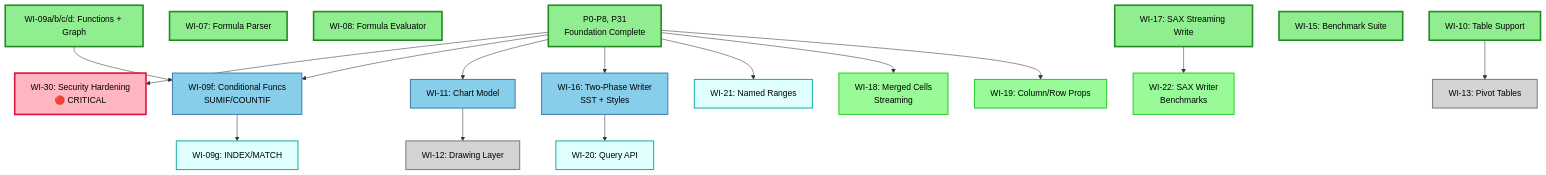
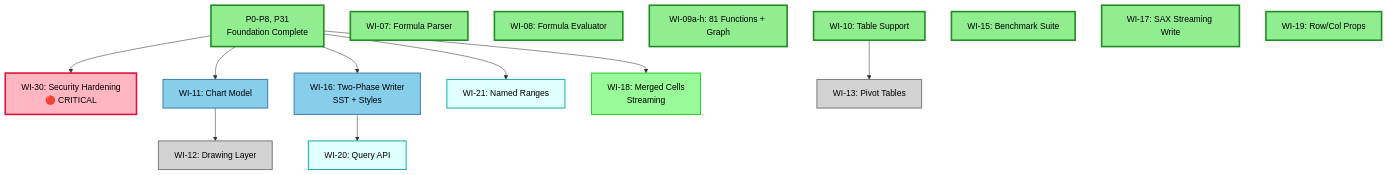
The diagram in docs/plan/roadmap.md (TJC-LP/xl), drawn with Mermaid before and after one commit. The commit also changed other lines of this file and 8 other files, not shown here.

First line of the commit message:
docs: archive completed plans, fix API drift (24→81 functions)

````diff
--- a/docs/plan/roadmap.md
+++ b/docs/plan/roadmap.md
@@ -33,57 +30,49 @@
 ```mermaid
 graph TB
     %% Completed work (green)
     P0["P0-P8, P31<br/>Foundation Complete"]:::completed
     WI07["WI-07: Formula Parser"]:::completed
     WI08["WI-08: Formula Evaluator"]:::completed
-    WI09["WI-09a/b/c/d: Functions + Graph"]:::completed
+    WI09["WI-09a-h: 81 Functions + Graph"]:::completed
     WI10["WI-10: Table Support"]:::completed
     WI15["WI-15: Benchmark Suite"]:::completed
     WI17["WI-17: SAX Streaming Write"]:::completed
+    WI19["WI-19: Row/Col Props"]:::completed
 
     %% Critical (red outline)
     WI30["WI-30: Security Hardening<br/>🔴 CRITICAL"]:::critical
 
     %% High priority available (blue)
-    WI09f["WI-09f: Conditional Funcs<br/>SUMIF/COUNTIF"]:::available
     WI11["WI-11: Chart Model"]:::available
     WI16["WI-16: Two-Phase Writer<br/>SST + Styles"]:::available
 
     %% Medium priority (cyan)
-    WI09g["WI-09g: INDEX/MATCH"]:::medium
     WI21["WI-21: Named Ranges"]:::medium
     WI20["WI-20: Query API"]:::medium
 
     %% Quick wins (light green)
     WI18["WI-18: Merged Cells<br/>Streaming"]:::quickwin
-    WI19["WI-19: Column/Row Props"]:::quickwin
-    WI22["WI-22: SAX Writer<br/>Benchmarks"]:::quickwin
 
     %% Blocked (gray)
     WI12["WI-12: Drawing Layer"]:::blocked
     WI13["WI-13: Pivot Tables"]:::blocked
 
     %% Dependencies
     P0 --> WI30
-    P0 --> WI09f
     P0 --> WI11
     P0 --> WI16
     P0 --> WI21
     P0 --> WI18
-    P0 --> WI19
-    WI17 --> WI22
 
-    WI09 --> WI09f
-    WI09f --> WI09g
     WI11 --> WI12
     WI10 --> WI13
     WI16 --> WI20
 
     %% Style definitions
     classDef completed fill:#90EE90,stroke:#228B22,stroke-width:3px,color:#000
     classDef critical fill:#FFB6C1,stroke:#DC143C,stroke-width:3px,color:#000
     classDef available fill:#87CEEB,stroke:#4682B4,stroke-width:2px,color:#000
     classDef medium fill:#E0FFFF,stroke:#20B2AA,stroke-width:2px,color:#000
     classDef quickwin fill:#98FB98,stroke:#32CD32,stroke-width:2px,color:#000
     classDef blocked fill:#D3D3D3,stroke:#808080,stroke-width:2px,color:#000
 ```
````
